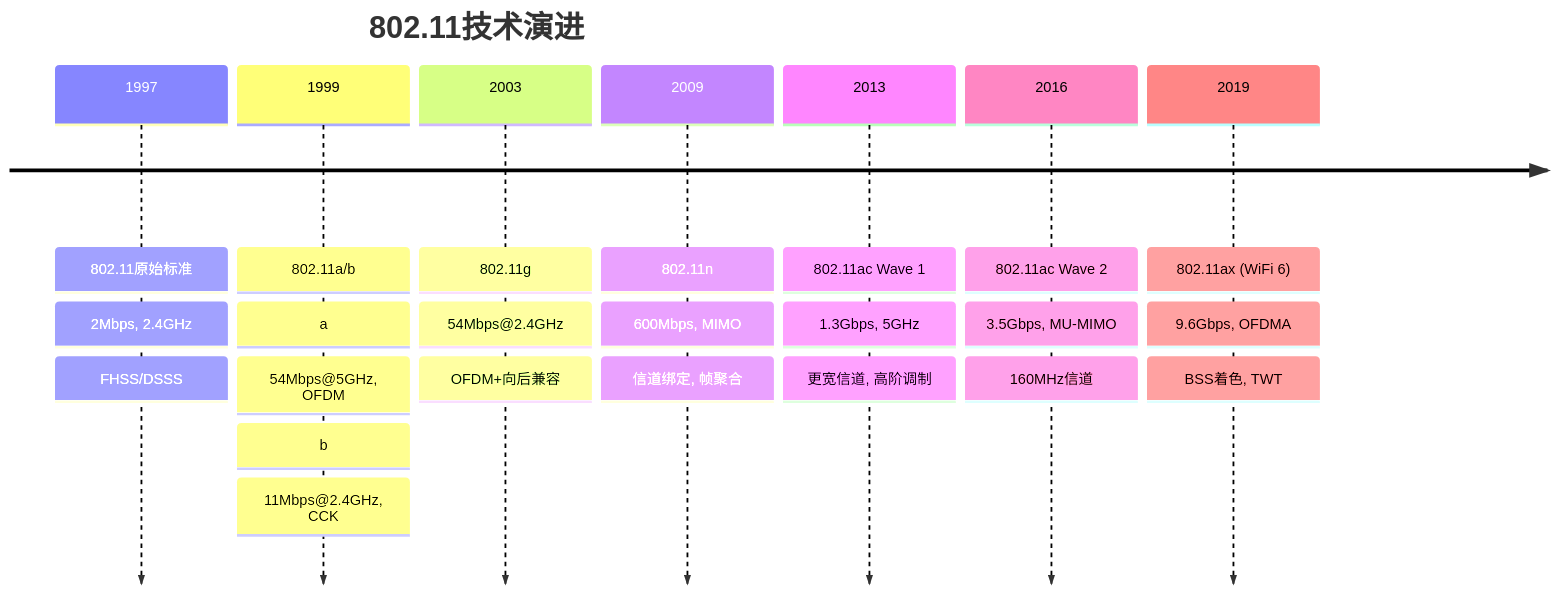
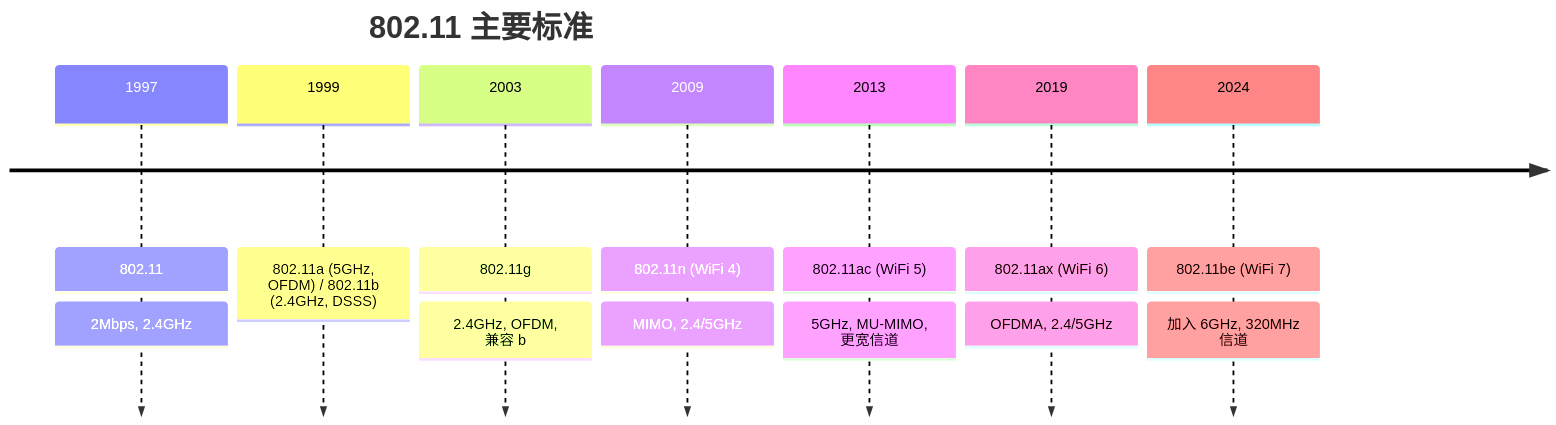
One commit to Dtheme/CS-base changed the fifth of 5 diagrams in 计算机网络/7.3无线网络：WiFi技术.md. Above: the diagram before and after it, drawn with Mermaid. The commit also changed other lines of this file and 51 other files, not shown here.

````diff
--- a/计算机网络/7.3无线网络：WiFi技术.md
+++ b/计算机网络/7.3无线网络：WiFi技术.md
@@ -750,32 +270,11 @@
 ```mermaid
 timeline
-    title 802.11技术演进
-    
-    1997 : 802.11原始标准
-         : 2Mbps, 2.4GHz
-         : FHSS/DSSS
-         
-    1999 : 802.11a/b
-         : a: 54Mbps@5GHz, OFDM
-         : b: 11Mbps@2.4GHz, CCK
-         
-    2003 : 802.11g
-         : 54Mbps@2.4GHz
-         : OFDM+向后兼容
-         
-    2009 : 802.11n
-         : 600Mbps, MIMO
-         : 信道绑定, 帧聚合
-         
-    2013 : 802.11ac Wave 1
-         : 1.3Gbps, 5GHz
-         : 更宽信道, 高阶调制
-         
-    2016 : 802.11ac Wave 2
-         : 3.5Gbps, MU-MIMO
-         : 160MHz信道
-         
-    2019 : 802.11ax (WiFi 6)
-         : 9.6Gbps, OFDMA
-         : BSS着色, TWT
+    title 802.11 主要标准
+    1997 : 802.11 : 2Mbps, 2.4GHz
+    1999 : 802.11a (5GHz, OFDM) / 802.11b (2.4GHz, DSSS)
+    2003 : 802.11g : 2.4GHz, OFDM, 兼容 b
+    2009 : 802.11n (WiFi 4) : MIMO, 2.4/5GHz
+    2013 : 802.11ac (WiFi 5) : 5GHz, MU-MIMO, 更宽信道
+    2019 : 802.11ax (WiFi 6) : OFDMA, 2.4/5GHz
+    2024 : 802.11be (WiFi 7) : 加入 6GHz, 320MHz 信道
 ```
````
